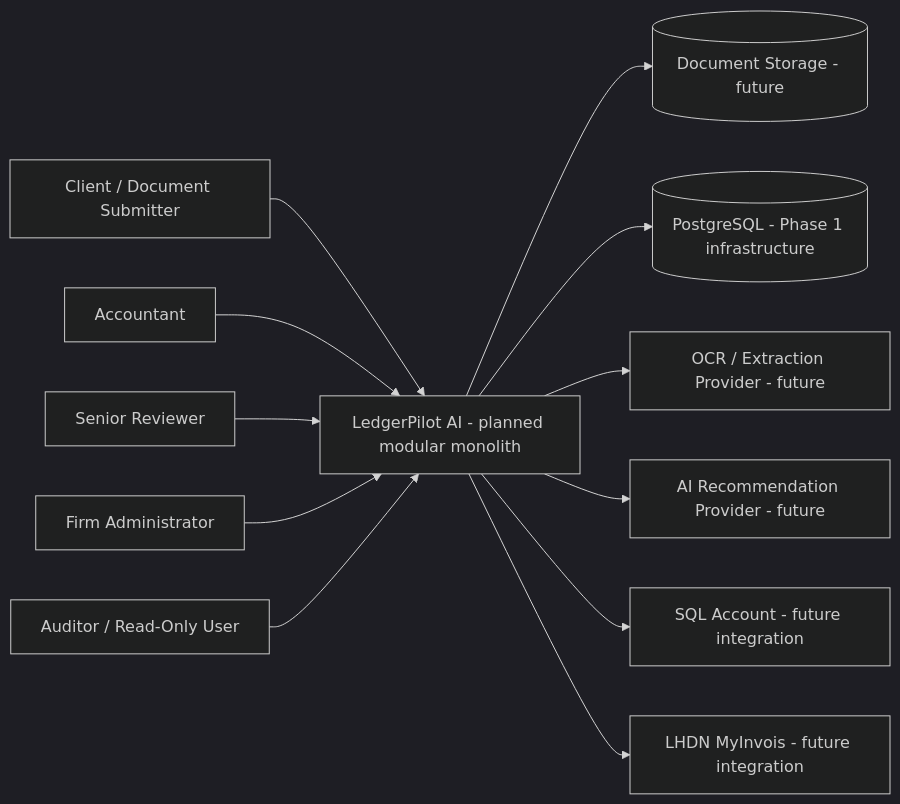
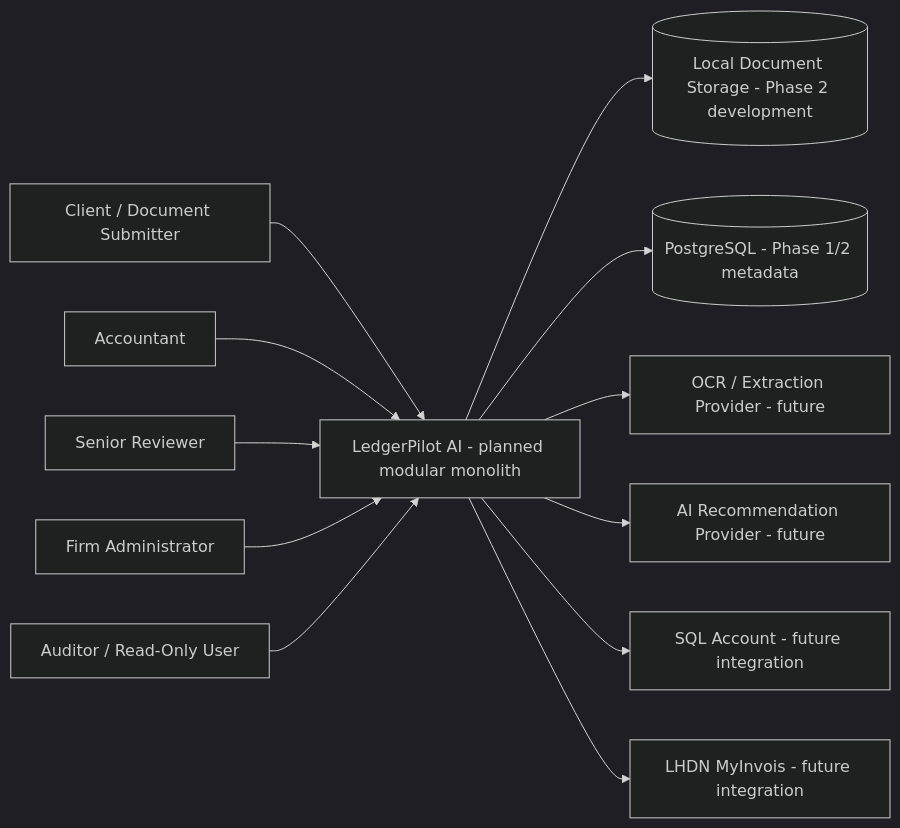
Before and after one commit to Linardi1328/ledgerpilot-ai: the first of 2 diagrams in docs/ARCHITECTURE.md, drawn with Mermaid (dark theme). The commit also changed other lines of this file and 45 other files, not shown here.

````diff
--- a/docs/ARCHITECTURE.md
+++ b/docs/ARCHITECTURE.md
@@ -74,14 +87,14 @@
 ```mermaid
 flowchart LR
     Client[Client / Document Submitter] --> LP[LedgerPilot AI - planned modular monolith]
     Accountant[Accountant] --> LP
     Senior[Senior Reviewer] --> LP
     Admin[Firm Administrator] --> LP
     Auditor[Auditor / Read-Only User] --> LP
-    LP --> Store[(Document Storage - future)]
-    LP --> DB[(PostgreSQL - Phase 1 infrastructure)]
+    LP --> Store[(Local Document Storage - Phase 2 development)]
+    LP --> DB[(PostgreSQL - Phase 1/2 metadata)]
     LP --> OCR[OCR / Extraction Provider - future]
     LP --> AI[AI Recommendation Provider - future]
     LP --> SQL[SQL Account - future integration]
     LP --> MY[LHDN MyInvois - future integration]
 ```
````
